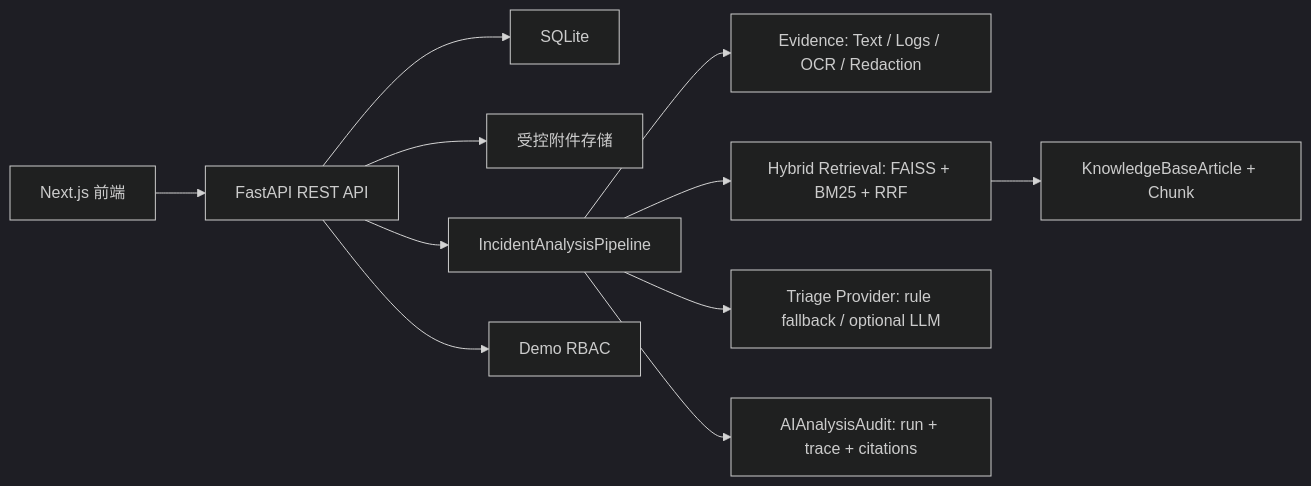
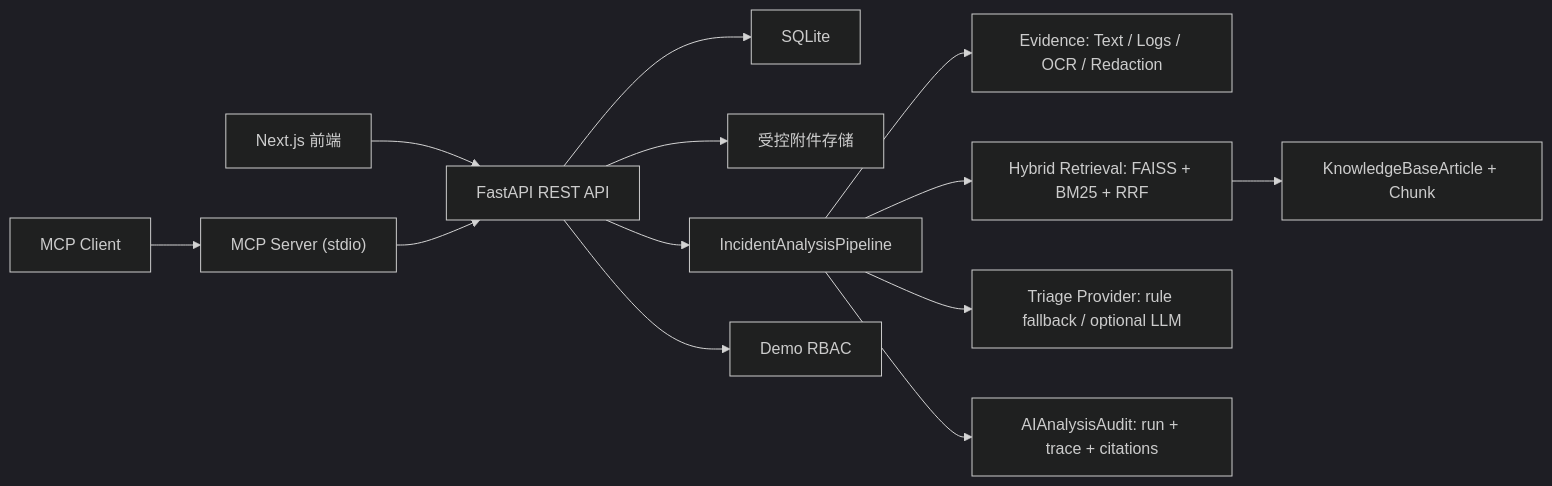
One commit to hyh0620/ai-incidentops-copilot changed the first of 2 diagrams in README.md. Above: the diagram before and after it, drawn with Mermaid (dark theme). The commit also changed other lines of this file and 18 other files, not shown here.

````diff
--- a/README.md
+++ b/README.md
@@ -20,13 +22,15 @@
 ```mermaid
 flowchart LR
   UI["Next.js 前端"] --> API["FastAPI REST API"]
+  MCPC["MCP Client"] --> MCPS["MCP Server (stdio)"]
+  MCPS --> API
   API --> DB["SQLite"]
   API --> UP["受控附件存储"]
   API --> PIPE["IncidentAnalysisPipeline"]
   PIPE --> EVID["Evidence: Text / Logs / OCR / Redaction"]
   PIPE --> RET["Hybrid Retrieval: FAISS + BM25 + RRF"]
   RET --> KB["KnowledgeBaseArticle + Chunk"]
   PIPE --> TRIAGE["Triage Provider: rule fallback / optional LLM"]
   PIPE --> AUDIT["AIAnalysisAudit: run + trace + citations"]
   API --> RBAC["Demo RBAC"]
 ```
````
